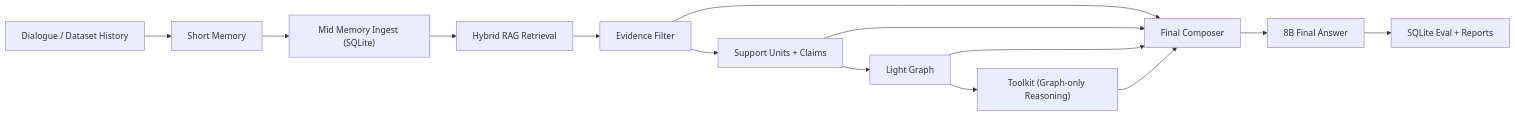
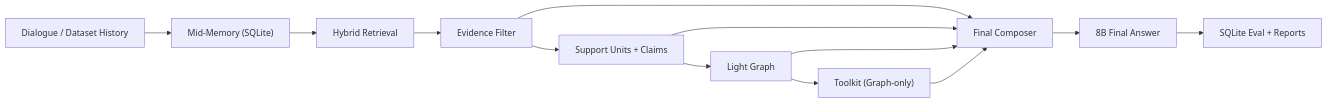
The diagram in README.md (RCF-117/MemSLM), drawn with Mermaid before and after one commit. The commit also changed other lines of this file and 11 other files, not shown here.

````diff
--- a/README.md
+++ b/README.md
@@ -30,16 +29,15 @@
 ```mermaid
 flowchart LR
-    A["Dialogue / Dataset History"] --> B["Short Memory"]
-    B --> C["Mid Memory Ingest (SQLite)"]
-    C --> D["Hybrid RAG Retrieval"]
-    D --> E["Evidence Filter"]
-    E --> F["Support Units + Claims"]
-    F --> G["Light Graph"]
-    G --> H["Toolkit (Graph-only Reasoning)"]
-    E --> I["Final Composer"]
-    F --> I
-    G --> I
-    H --> I
-    I --> J["8B Final Answer"]
-    J --> K["SQLite Eval + Reports"]
+    A["Dialogue / Dataset History"] --> B["Mid-Memory (SQLite)"]
+    B --> C["Hybrid Retrieval"]
+    C --> D["Evidence Filter"]
+    D --> E["Support Units + Claims"]
+    E --> F["Light Graph"]
+    F --> G["Toolkit (Graph-only)"]
+    D --> H["Final Composer"]
+    E --> H
+    F --> H
+    G --> H
+    H --> I["8B Final Answer"]
+    I --> J["SQLite Eval + Reports"]
 ```
````
